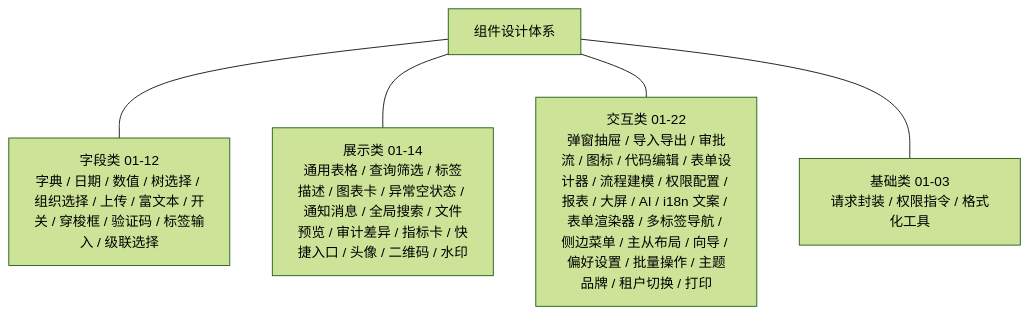
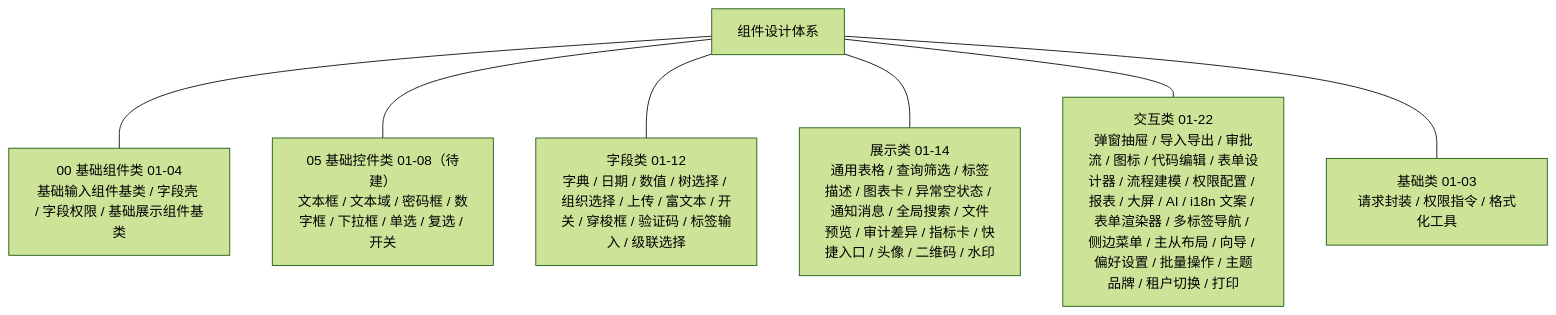
Before and after one commit to minjian123/basic-management-system: the diagram in bms文档/设计/组件设计/01_组件设计_总览.md, drawn with Mermaid (forest theme). The commit also changed other lines of this file and 13 other files, not shown here.

Commit message:
docs(设计): 新增 00 基础组件类（基础输入组件基类 BaseInput/字段壳 FieldWrapper/字段权限 useFieldPerm/基础展示组件基类 DisplayBase）及可交互原型；字段权限从 04-02 提升为权威并回改 04-02 为动作权限指令；13 表单渲染器与字段类引用新基类；总览/文档首页/规划说明登记六类结构与 05 基础控件类（规划中）

````diff
--- a/bms文档/设计/组件设计/01_组件设计_总览.md
+++ b/bms文档/设计/组件设计/01_组件设计_总览.md
@@ -121,12 +136,16 @@
 ```mermaid
 graph TD
     ROOT["组件设计体系"]
     F["字段类 01-12<br/>字典 / 日期 / 数值 / 树选择 / 组织选择 / 上传 / 富文本 / 开关 / 穿梭框 / 验证码 / 标签输入 / 级联选择"]
     D["展示类 01-14<br/>通用表格 / 查询筛选 / 标签描述 / 图表卡 / 异常空状态 / 通知消息 / 全局搜索 / 文件预览 / 审计差异 / 指标卡 / 快捷入口 / 头像 / 二维码 / 水印"]
     I["交互类 01-22<br/>弹窗抽屉 / 导入导出 / 审批流 / 图标 / 代码编辑 / 表单设计器 / 流程建模 / 权限配置 / 报表 / 大屏 / AI / i18n 文案 / 表单渲染器 / 多标签导航 / 侧边菜单 / 主从布局 / 向导 / 偏好设置 / 批量操作 / 主题品牌 / 租户切换 / 打印"]
     B["基础类 01-03<br/>请求封装 / 权限指令 / 格式化工具"]
+    BASE["00 基础组件类 01-04<br/>基础输入组件基类 / 字段壳 / 字段权限 / 基础展示组件基类"]
+    CTRL["05 基础控件类 01-08（待建）<br/>文本框 / 文本域 / 密码框 / 数字框 / 下拉框 / 单选 / 复选 / 开关"]
+    ROOT --- BASE
+    ROOT --- CTRL
     ROOT --- F
     ROOT --- D
     ROOT --- I
     ROOT --- B
 ```
````
